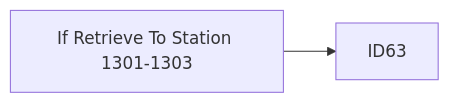
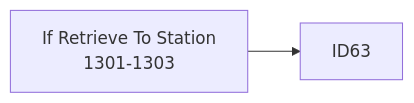
One commit to luthfiadityaa/SimeDarby-Wiki changed the first of 20 diagrams in Basic-Design/DFD-WMS/Retrieval/Specific-Location-Retrieval-Setting.md. Above: the diagram before and after it, drawn with Mermaid. The commit also changed other lines of this file, not shown here.

```diff
--- a/Basic-Design/DFD-WMS/Retrieval/Specific-Location-Retrieval-Setting.md
+++ b/Basic-Design/DFD-WMS/Retrieval/Specific-Location-Retrieval-Setting.md
@@ -7,5 +7,6 @@
 ::: mermaid
 flowchart LR
 
-PST[If Retrieve To Station 1301-1303]-->PMode[ID63]  
+PST[If Retrieve To Station 
+1301-1303]-->PMode[ID63]  
 :::
```
